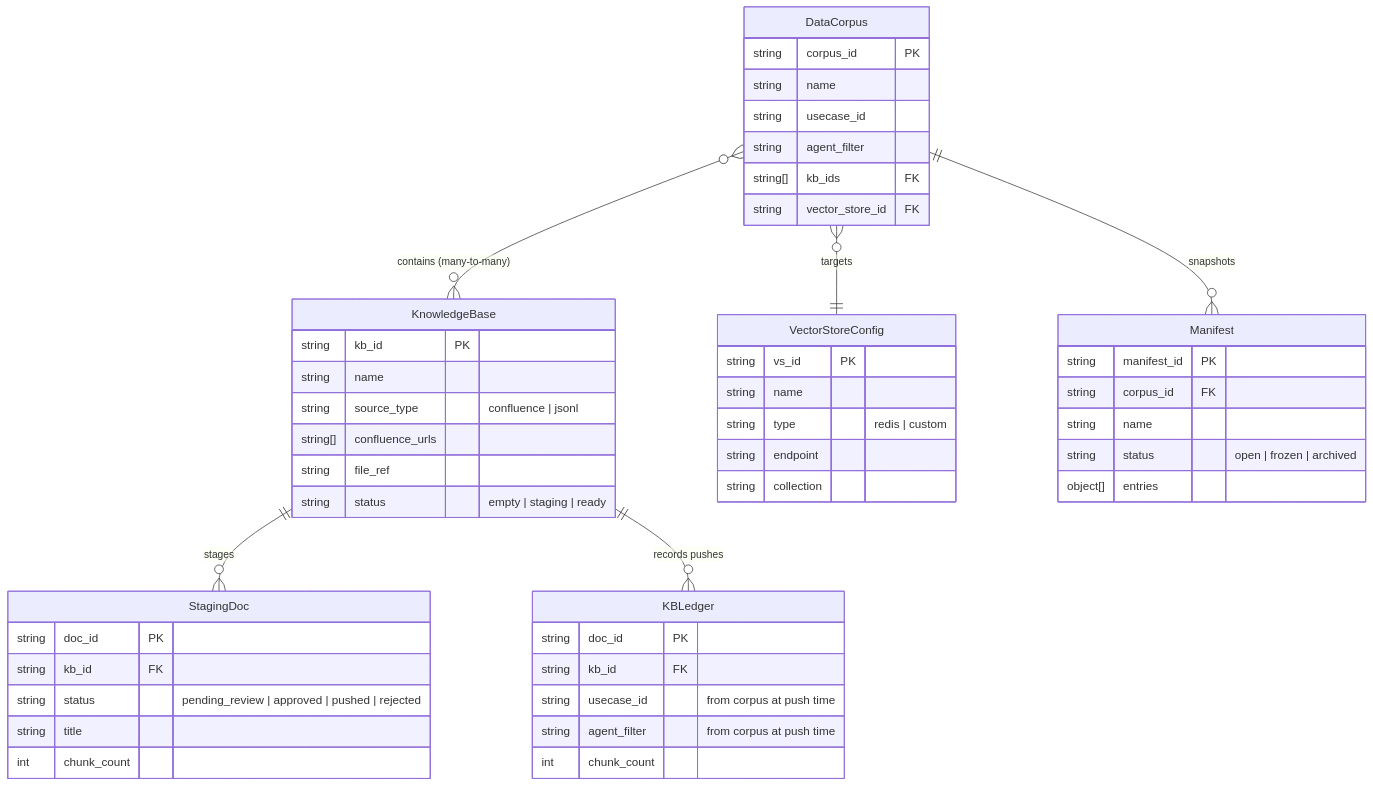
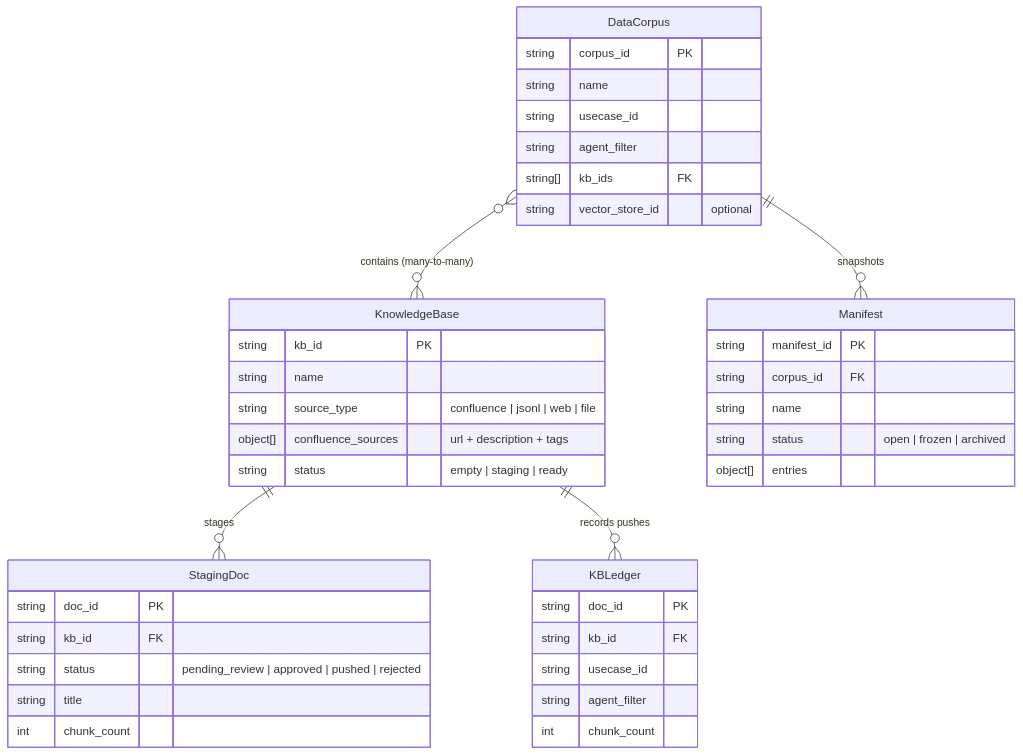
One commit to aasthapit/knowledge-ingestment-pipeline changed the second of 3 diagrams in README.md. Above: the diagram before and after it, drawn with Mermaid. The commit also changed other lines of this file and 7 other files, not shown here.

First line of the commit message:
Support multi-source Confluence and JSONL export

````diff
--- a/README.md
+++ b/README.md
@@ -121,53 +122,44 @@
 ```mermaid
 erDiagram
     KnowledgeBase {
         string kb_id PK
         string name
-        string source_type "confluence | jsonl"
-        string[] confluence_urls
-        string file_ref
+        string source_type "confluence | jsonl | web | file"
+        object[] confluence_sources "url + description + tags"
         string status "empty | staging | ready"
     }
     DataCorpus {
         string corpus_id PK
         string name
         string usecase_id
         string agent_filter
         string[] kb_ids FK
-        string vector_store_id FK
-    }
-    VectorStoreConfig {
-        string vs_id PK
-        string name
-        string type "redis | custom"
-        string endpoint
-        string collection
+        string vector_store_id "optional"
     }
     StagingDoc {
         string doc_id PK
         string kb_id FK
         string status "pending_review | approved | pushed | rejected"
         string title
         int chunk_count
     }
     Manifest {
         string manifest_id PK
         string corpus_id FK
         string name
         string status "open | frozen | archived"
         object[] entries
     }
     KBLedger {
         string doc_id PK
         string kb_id FK
-        string usecase_id "from corpus at push time"
-        string agent_filter "from corpus at push time"
+        string usecase_id
+        string agent_filter
         int chunk_count
     }
 
     KnowledgeBase ||--o{ StagingDoc : "stages"
     KnowledgeBase ||--o{ KBLedger : "records pushes"
     DataCorpus }o--o{ KnowledgeBase : "contains (many-to-many)"
     DataCorpus ||--o{ Manifest : "snapshots"
-    DataCorpus }o--|| VectorStoreConfig : "targets"
 ```
````
